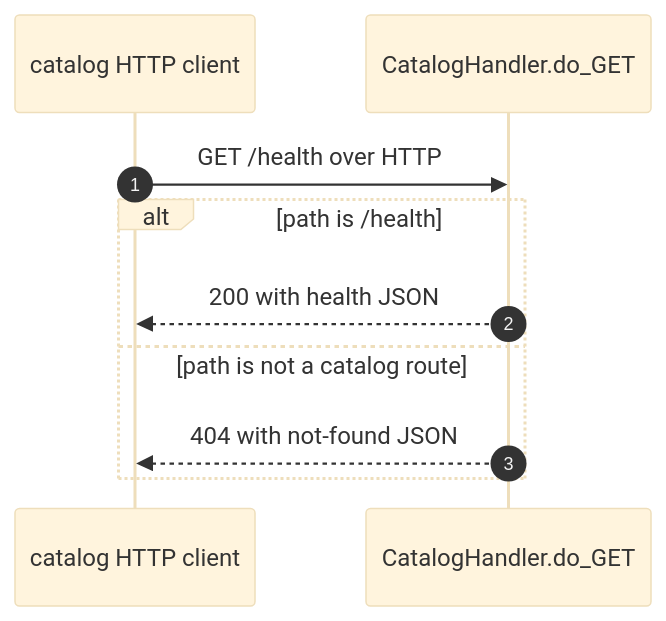
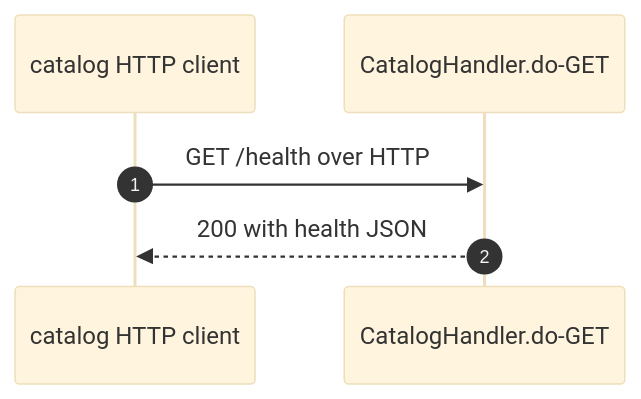
One commit to vishalc412/bible-mode-b-test changed the first of 2 diagrams in codebase-analysis/lld/api/catalog/catalog.md. Above: the diagram before and after it, drawn with Mermaid (base theme). The commit also changed other lines of this file and 38 other files, not shown here.

````diff
--- a/codebase-analysis/lld/api/catalog/catalog.md
+++ b/codebase-analysis/lld/api/catalog/catalog.md
@@ -44,12 +44,8 @@
 ```mermaid
 sequenceDiagram
   autonumber
   participant Client as catalog HTTP client
-  participant Handler as CatalogHandler.do_GET
+  participant Handler as CatalogHandler.do-GET
   Client->>Handler: GET /health over HTTP
-  alt path is /health
-    Handler-->>Client: 200 with health JSON
-  else path is not a catalog route
-    Handler-->>Client: 404 with not-found JSON
-  end
+  Handler-->>Client: 200 with health JSON
 ```
````
